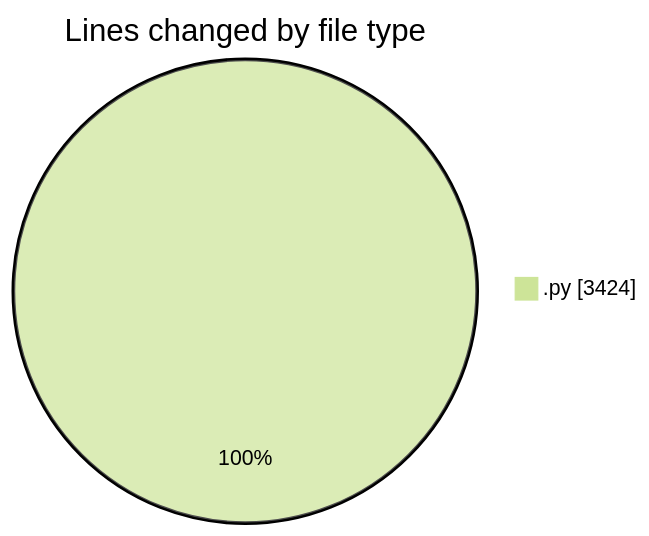
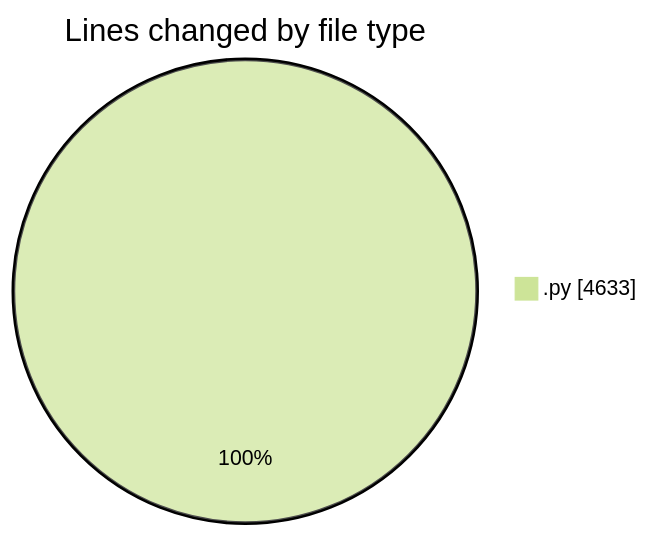
Before and after one commit to MatusMokan/code-tracking: the first of 2 diagrams in 2025-05-08/myws__workspace_/README.md, drawn with Mermaid (forest theme). The commit also changed other lines of this file and 1 other file, not shown here.

````diff
--- a/2025-05-08/myws__workspace_/README.md
+++ b/2025-05-08/myws__workspace_/README.md
@@ -23,5 +24,5 @@
 ```mermaid
 pie showData
 title Lines changed by file type
-".py" : 3424
+".py" : 4633
 ```
````
